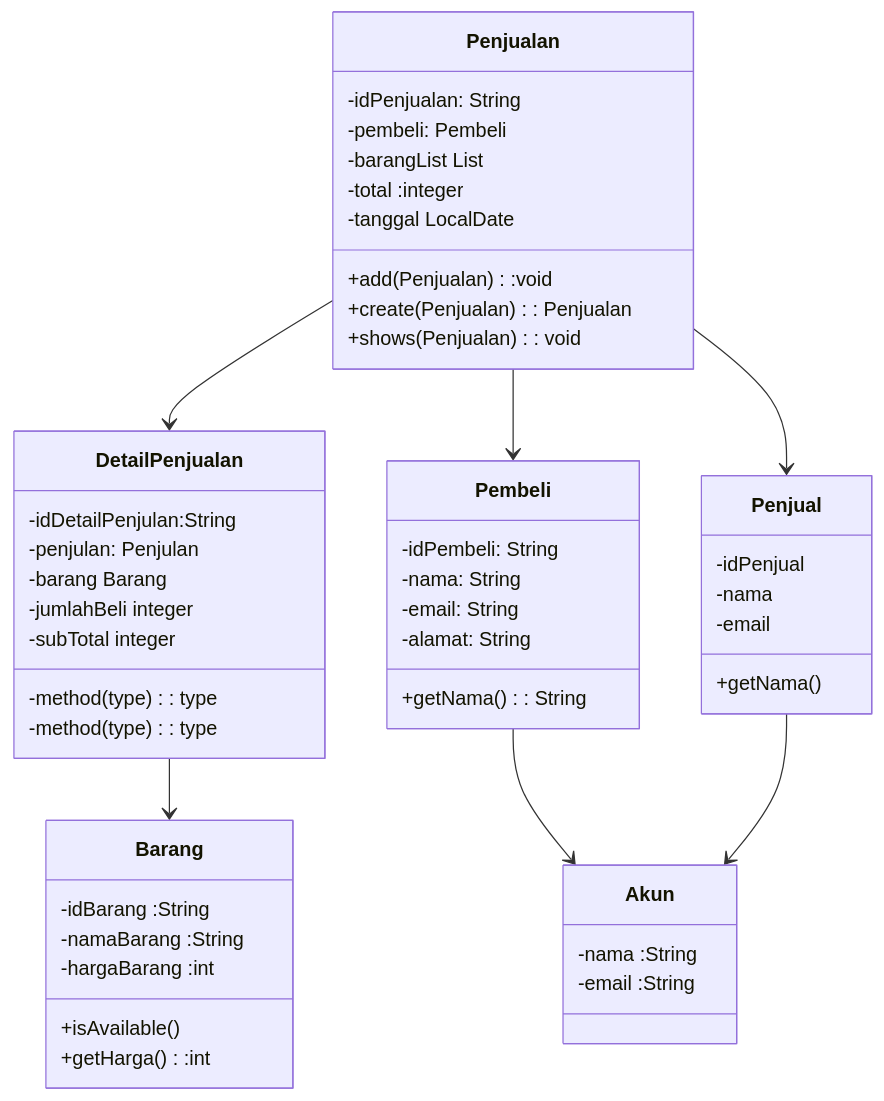
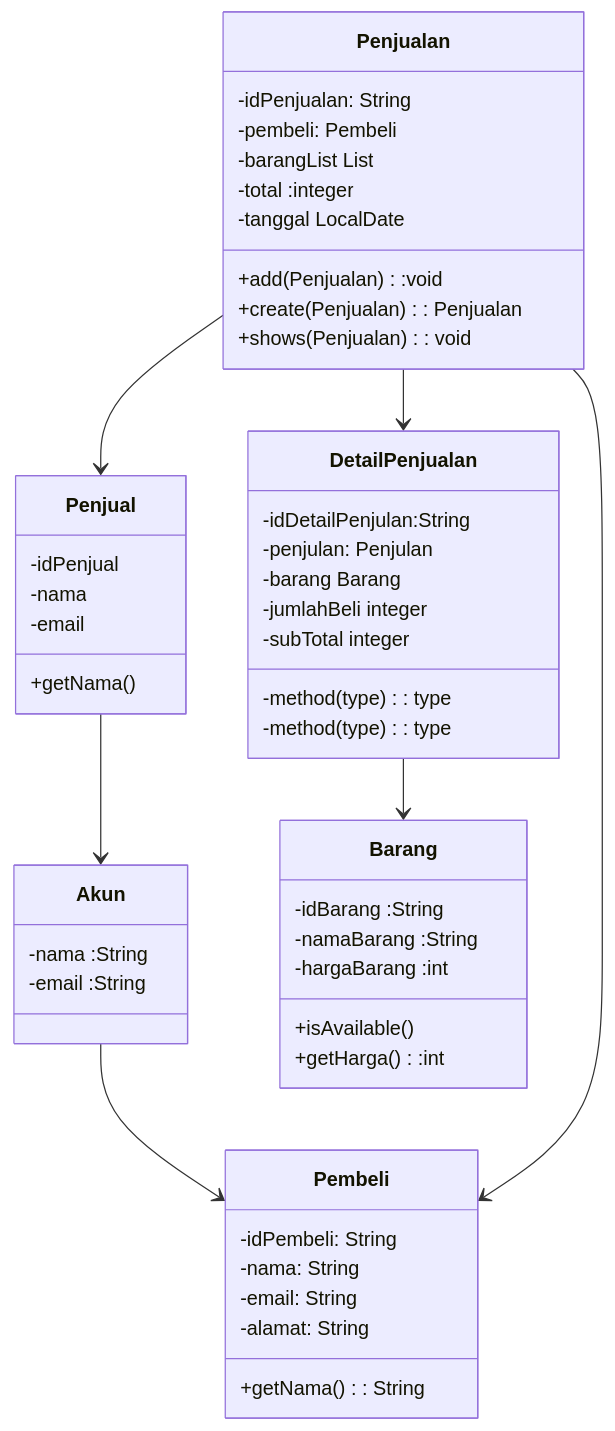
Before and after one commit to ikhsanhazamy/UAS-DASPRO: the second of 2 diagrams in README.md, drawn with Mermaid.

````diff
--- a/README.md
+++ b/README.md
@@ -12,53 +12,53 @@
 ```mermaid
 classDiagram
     class Akun{
         -nama :String
         -email :String
     }
     class Barang{
         -idBarang :String
         -namaBarang :String
         -hargaBarang :int
         +isAvailable() 
         +getHarga():int
     }
     class Pembeli{
         -idPembeli: String 
         -nama: String 
         -email: String 
         -alamat: String 
         +getNama(): String
     }
 
     class Penjual{
         -idPenjual
         -nama
         -email
         +getNama()
     }
     class Penjualan{
         -idPenjualan: String 
         -pembeli: Pembeli 
         -barangList List<Barang>  
         -total :integer  
         -tanggal LocalDate  
         +add(Penjualan):void   
         +create(Penjualan): Penjualan   
         +shows(Penjualan): void   
     }
     class DetailPenjualan{
         -idDetailPenjulan:String   
         -penjulan: Penjulan   
         -barang Barang    
         -jumlahBeli integer    
         -subTotal integer    
         -method(type): type    
         -method(type): type
     }
-    Pembeli --> Akun
+    Akun --> Pembeli
     Penjual --> Akun
     DetailPenjualan --> Barang
     Penjualan --> DetailPenjualan
     Penjualan --> Pembeli
     Penjualan --> Penjual
 ```
````
